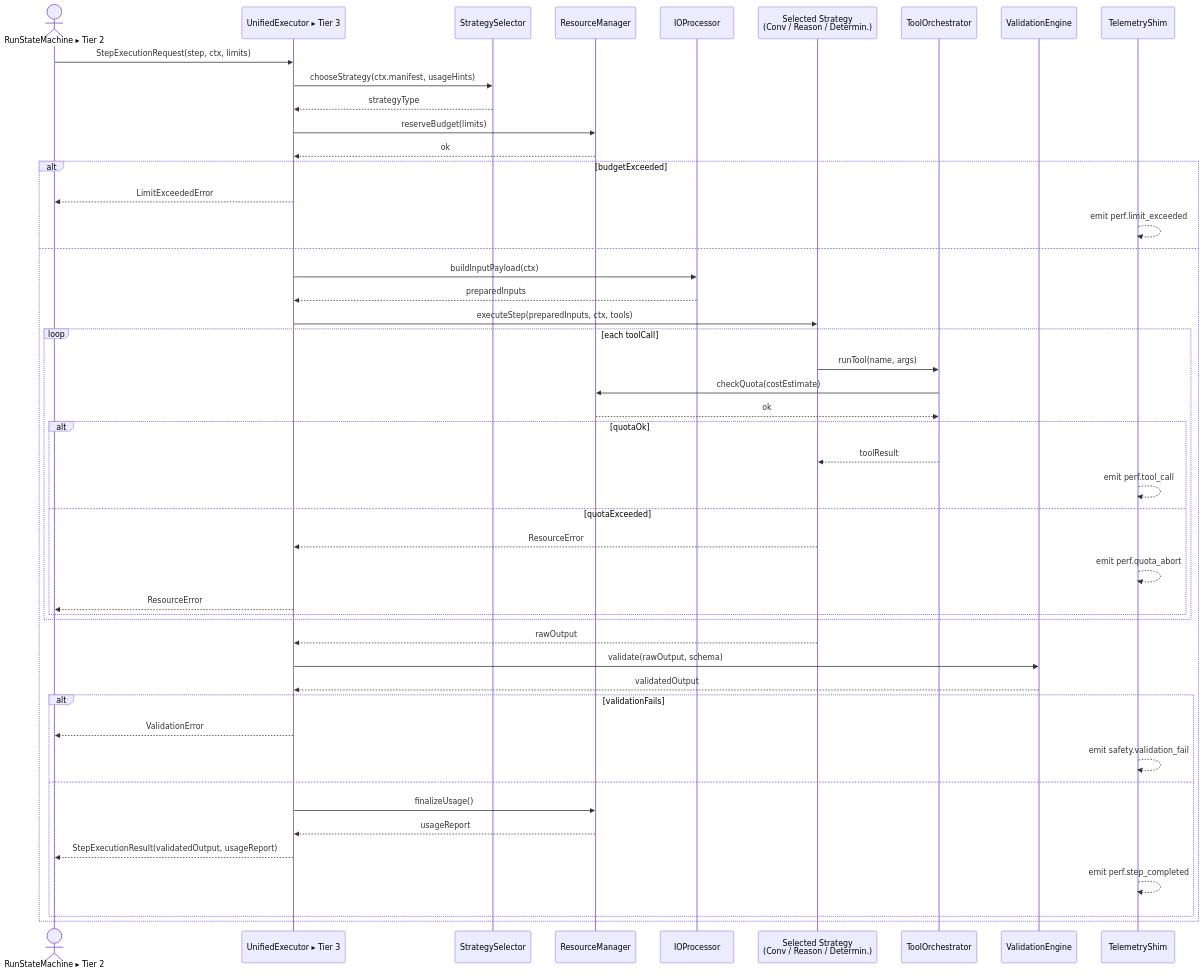
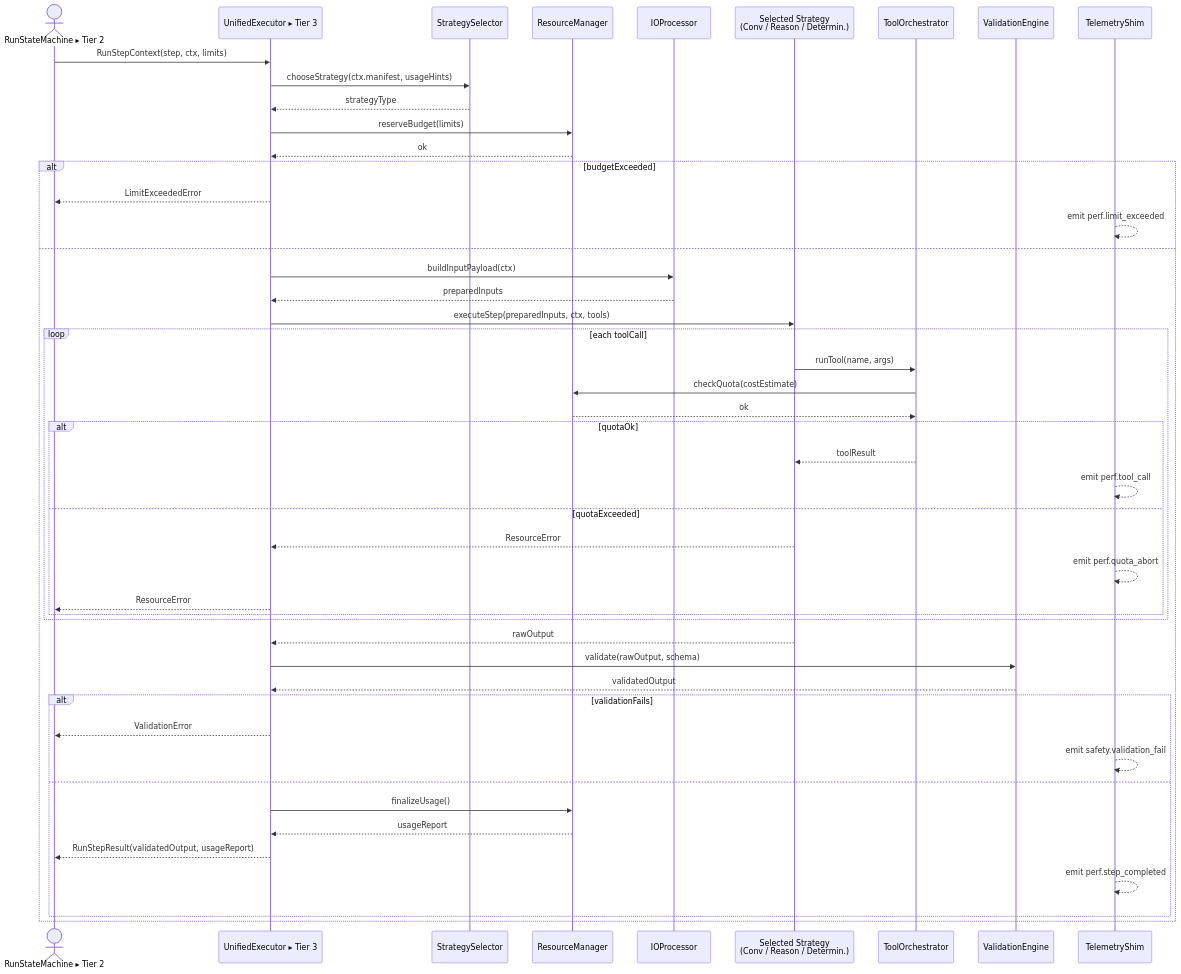
Diagram 19 of 49 in docs/ai-execution-architecture.md (Vrooli/Vrooli), drawn with Mermaid before and after one commit. The commit also changed other lines of this file, not shown here.

Commit message:
Execution architecture p13

````diff
--- a/docs/ai-execution-architecture.md
+++ b/docs/ai-execution-architecture.md
@@ -1532,63 +1438,63 @@
 ```mermaid
 sequenceDiagram
     actor T2 as RunStateMachine  ▸  Tier 2  
     participant UE as UnifiedExecutor  ▸  Tier 3  
     participant SS as StrategySelector  
     participant RM as ResourceManager  
     participant IP as IOProcessor  
     participant STRAT as Selected Strategy <br/>(Conv / Reason / Determin.)  
     participant TO as ToolOrchestrator  
     participant VE as ValidationEngine  
     participant TS as TelemetryShim
 
     %% ───────────── Invocation ─────────────
-    T2->>UE: StepExecutionRequest(step, ctx, limits)
+    T2->>UE: RunStepContext(step, ctx, limits)
 
     %% ───────────── Preparation ────────────
     UE->>SS: chooseStrategy(ctx.manifest, usageHints)
     SS-->>UE: strategyType
 
     UE->>RM: reserveBudget(limits)
     RM-->>UE: ok
     alt budgetExceeded
         UE-->>T2: LimitExceededError
         TS-->>TS: emit perf.limit_exceeded
     else
         UE->>IP: buildInputPayload(ctx)
         IP-->>UE: preparedInputs
 
         %% ───────────── Execution ──────────────
         UE->>STRAT: executeStep(preparedInputs, ctx, tools)
 
         %% -- inside the strategy loop (may call tools 0–N times)
         loop each toolCall
             STRAT->>TO: runTool(name, args)
             TO->>RM: checkQuota(costEstimate)
             RM-->>TO: ok
             alt quotaOk
                 TO-->>STRAT: toolResult
                 TS-->>TS: emit perf.tool_call
             else quotaExceeded
                 STRAT-->>UE: ResourceError
                 TS-->>TS: emit perf.quota_abort
                 UE-->>T2: ResourceError
             end
         end
         STRAT-->>UE: rawOutput
 
         %% ───────────── Post-processing ─────────
         UE->>VE: validate(rawOutput, schema)
         VE-->>UE: validatedOutput
         alt validationFails
             UE-->>T2: ValidationError
             TS-->>TS: emit safety.validation_fail
         else
             UE->>RM: finalizeUsage()
             RM-->>UE: usageReport
 
             %% ───────────── Completion ─────────────
-            UE-->>T2: StepExecutionResult(validatedOutput, usageReport)
+            UE-->>T2: RunStepResult(validatedOutput, usageReport)
             TS-->>TS: emit perf.step_completed
         end
     end
 ```
````
